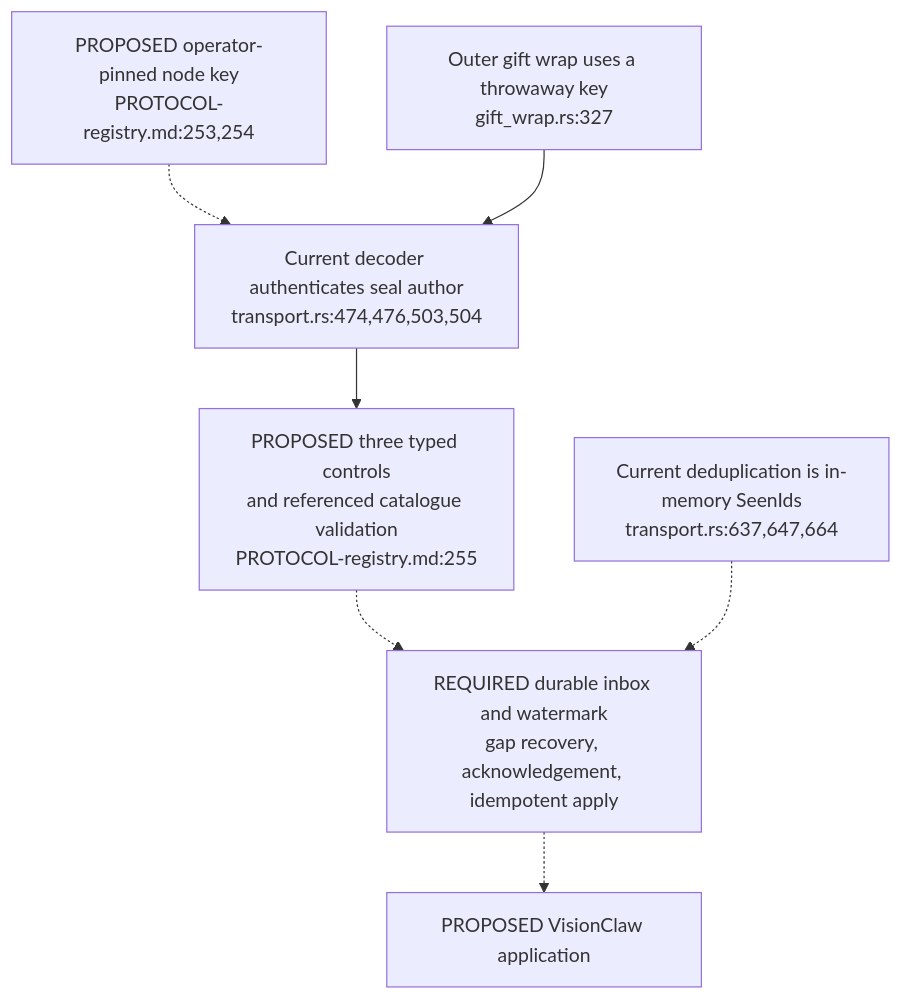
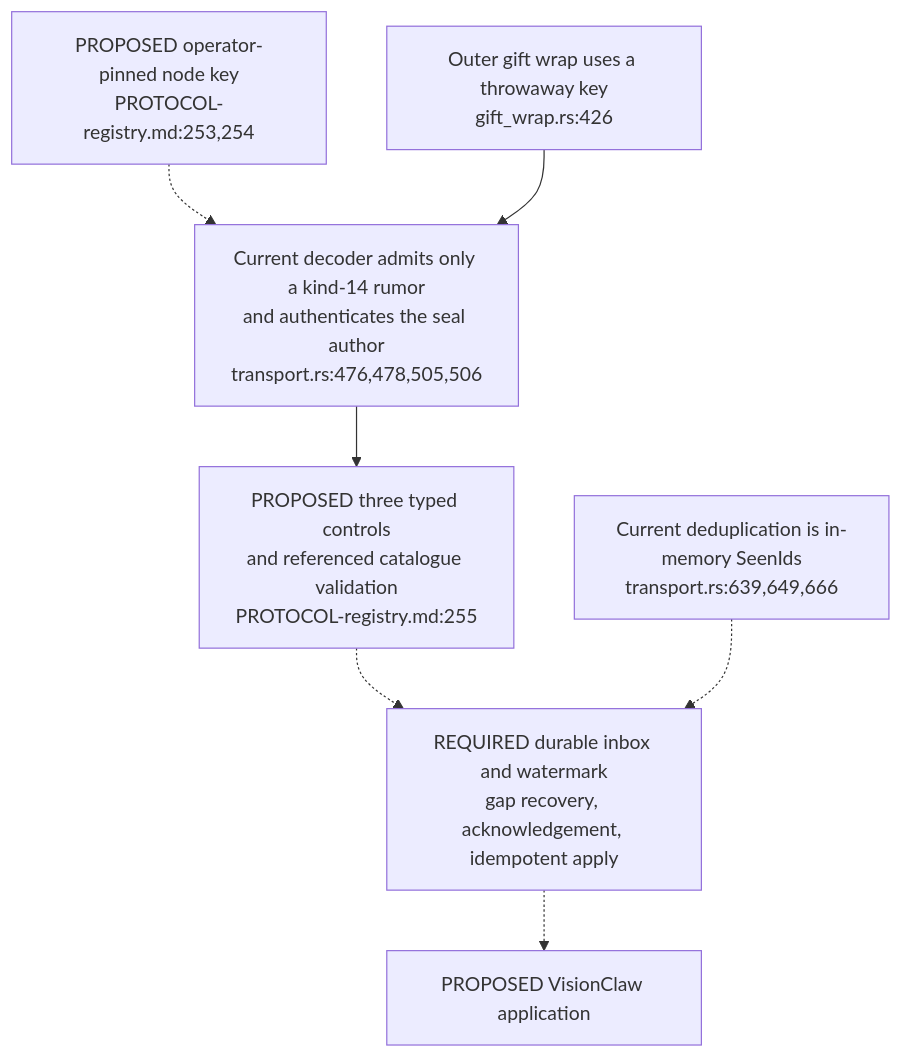
One commit to DreamLab-AI/VisionFlow changed the fourth of 4 diagrams in docs/diagrams/agentbox/37-mesh-signer-and-recovery.md. Above: the diagram before and after it, drawn with Mermaid. The commit also changed other lines of this file and 7 other files, not shown here.

First line of the commit message:
diagrams(agentbox): re-verify AB-36..AB-43 at agentbox 59b1aca

````diff
--- a/docs/diagrams/agentbox/37-mesh-signer-and-recovery.md
+++ b/docs/diagrams/agentbox/37-mesh-signer-and-recovery.md
@@ -77,9 +77,9 @@
 ```mermaid
 flowchart TD
-    PIN["PROPOSED operator-pinned node key<br/>PROTOCOL-registry.md:253,254"] -.-> SEAL["Current decoder authenticates seal author<br/>transport.rs:474,476,503,504"]
+    PIN["PROPOSED operator-pinned node key<br/>PROTOCOL-registry.md:253,254"] -.-> SEAL["Current decoder admits only a kind-14 rumor<br/>and authenticates the seal author<br/>transport.rs:476,478,505,506"]
     SEAL --> TYPE["PROPOSED three typed controls<br/>and referenced catalogue validation<br/>PROTOCOL-registry.md:255"]
     TYPE -.-> JOURNAL["REQUIRED durable inbox and watermark<br/>gap recovery, acknowledgement, idempotent apply"]
     JOURNAL -.-> VC["PROPOSED VisionClaw application"]
-    WRAP["Outer gift wrap uses a throwaway key<br/>gift_wrap.rs:327"] --> SEAL
-    CACHE["Current deduplication is in-memory SeenIds<br/>transport.rs:637,647,664"] -.-> JOURNAL
+    WRAP["Outer gift wrap uses a throwaway key<br/>gift_wrap.rs:426"] --> SEAL
+    CACHE["Current deduplication is in-memory SeenIds<br/>transport.rs:639,649,666"] -.-> JOURNAL
 ```
````
